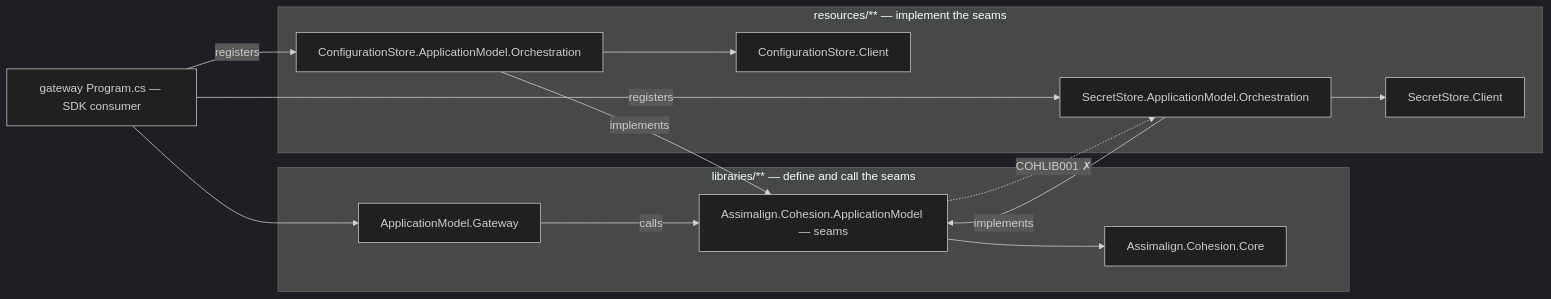
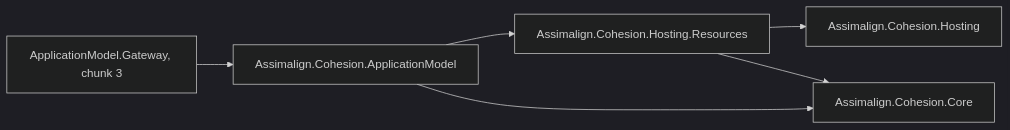
One commit to assimalign/cohesion changed the first of 2 diagrams in libraries/ApplicationModel/Assimalign.Cohesion.ApplicationModel/docs/DESIGN.md. Above: the diagram before and after it, drawn with Mermaid (dark theme). The commit also changed other lines of this file and 570 other files, not shown here.

First line of the commit message:
refactor(application-model): restart Hosting.Resources, ApplicationModel and Gateway

````diff
--- a/libraries/ApplicationModel/Assimalign.Cohesion.ApplicationModel/docs/DESIGN.md
+++ b/libraries/ApplicationModel/Assimalign.Cohesion.ApplicationModel/docs/DESIGN.md
@@ -370,25 +28,8 @@
 ```mermaid
 flowchart LR
-    subgraph Libs["libraries/** — define and call the seams"]
-        Seams["Assimalign.Cohesion.ApplicationModel — seams"]
-        Core["Assimalign.Cohesion.Core"]
-        Gateway["ApplicationModel.Gateway"]
-    end
-    subgraph Res["resources/** — implement the seams"]
-        SecretOrch["SecretStore.ApplicationModel.Orchestration"]
-        SecretClient["SecretStore.Client"]
-        ConfigOrch["ConfigurationStore.ApplicationModel.Orchestration"]
-        ConfigClient["ConfigurationStore.Client"]
-    end
-    Program["gateway Program.cs — SDK consumer"]
-    Seams --> Core
-    Gateway -->|"calls"| Seams
-    SecretOrch -->|"implements"| Seams
-    SecretOrch --> SecretClient
-    ConfigOrch -->|"implements"| Seams
-    ConfigOrch --> ConfigClient
-    Program --> Gateway
-    Program -->|"registers"| SecretOrch
-    Program -->|"registers"| ConfigOrch
-    Seams -.->|"COHLIB001 ✗"| SecretOrch
+    Gateway["ApplicationModel.Gateway, chunk 3"] --> Model["Assimalign.Cohesion.ApplicationModel"]
+    Model --> Resources["Assimalign.Cohesion.Hosting.Resources"]
+    Model --> Core["Assimalign.Cohesion.Core"]
+    Resources --> Hosting["Assimalign.Cohesion.Hosting"]
+    Resources --> Core
 ```
````
